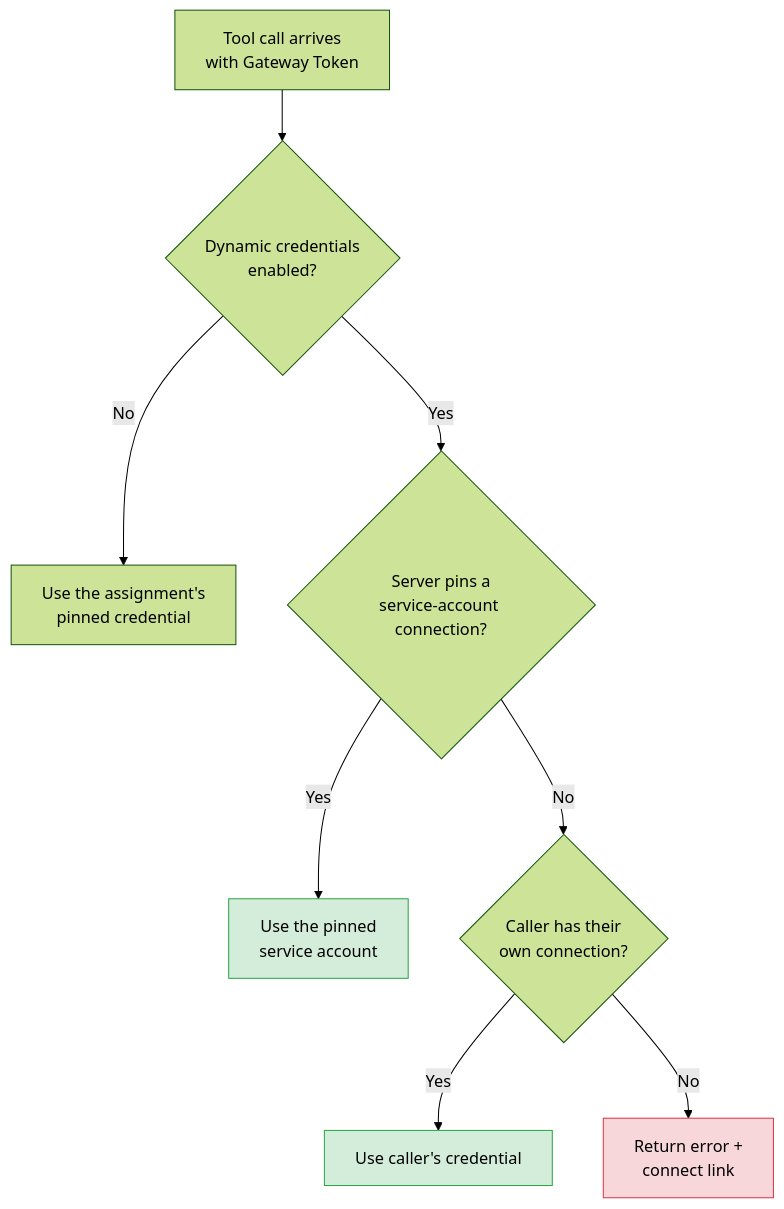
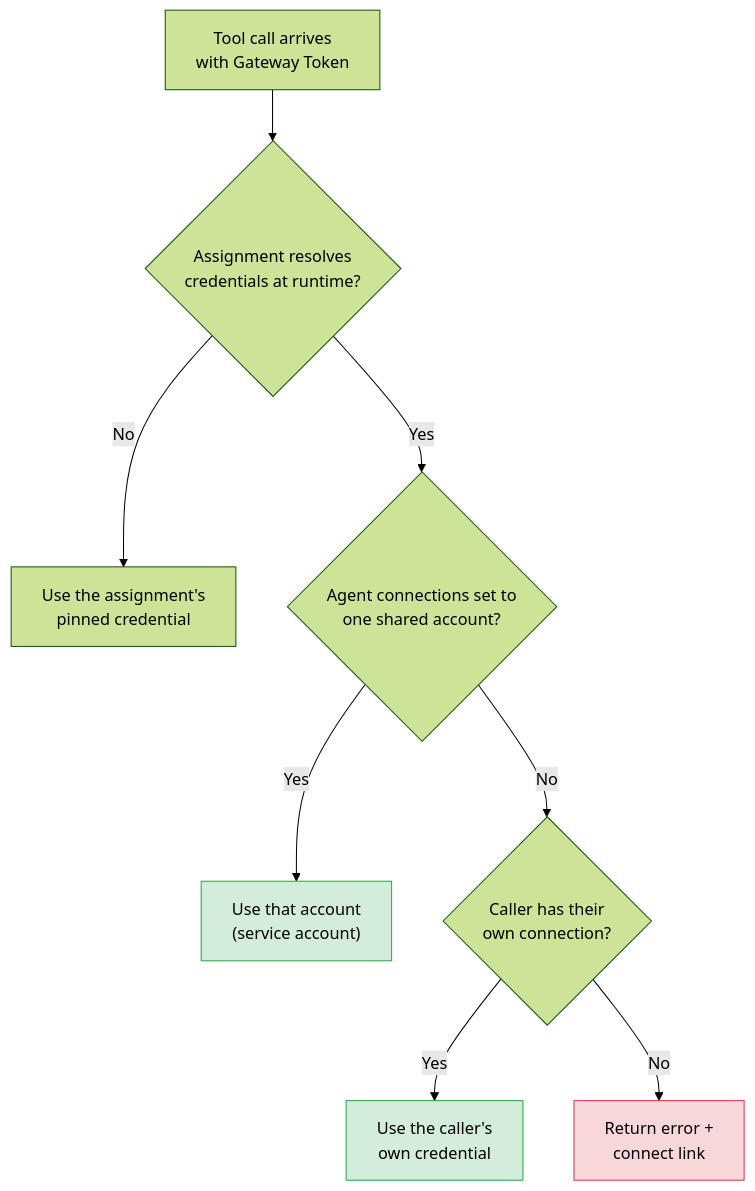
Before and after one commit to ambientclaw-commits/archestra: the diagram in docs/pages/mcp-authentication.md, drawn with Mermaid (forest theme). The commit also changed other lines of this file and 5 other files, not shown here.

First line of the commit message:
refactor(mcp): clean up the server Connections page and align docs terminology

````diff
--- a/docs/pages/mcp-authentication.md
+++ b/docs/pages/mcp-authentication.md
@@ -179,14 +177,14 @@
 ```mermaid
 flowchart TD
-    A["Tool call arrives<br/>with Gateway Token"] --> B{Dynamic credentials<br/>enabled?}
+    A["Tool call arrives<br/>with Gateway Token"] --> B{Assignment resolves<br/>credentials at runtime?}
     B -- No --> C["Use the assignment's<br/>pinned credential"]
-    B -- Yes --> P{Server pins a<br/>service-account connection?}
-    P -- Yes --> S["Use the pinned<br/>service account"]
+    B -- Yes --> P{Agent connections set to<br/>one shared account?}
+    P -- Yes --> S["Use that account<br/>(service account)"]
     P -- No --> D{Caller has their<br/>own connection?}
-    D -- Yes --> E["Use caller's credential"]
+    D -- Yes --> E["Use the caller's<br/>own credential"]
     D -- No --> J["Return error +<br/>connect link"]
 
     style S fill:#d4edda,stroke:#28a745
     style E fill:#d4edda,stroke:#28a745
     style J fill:#f8d7da,stroke:#dc3545
 ```
````
